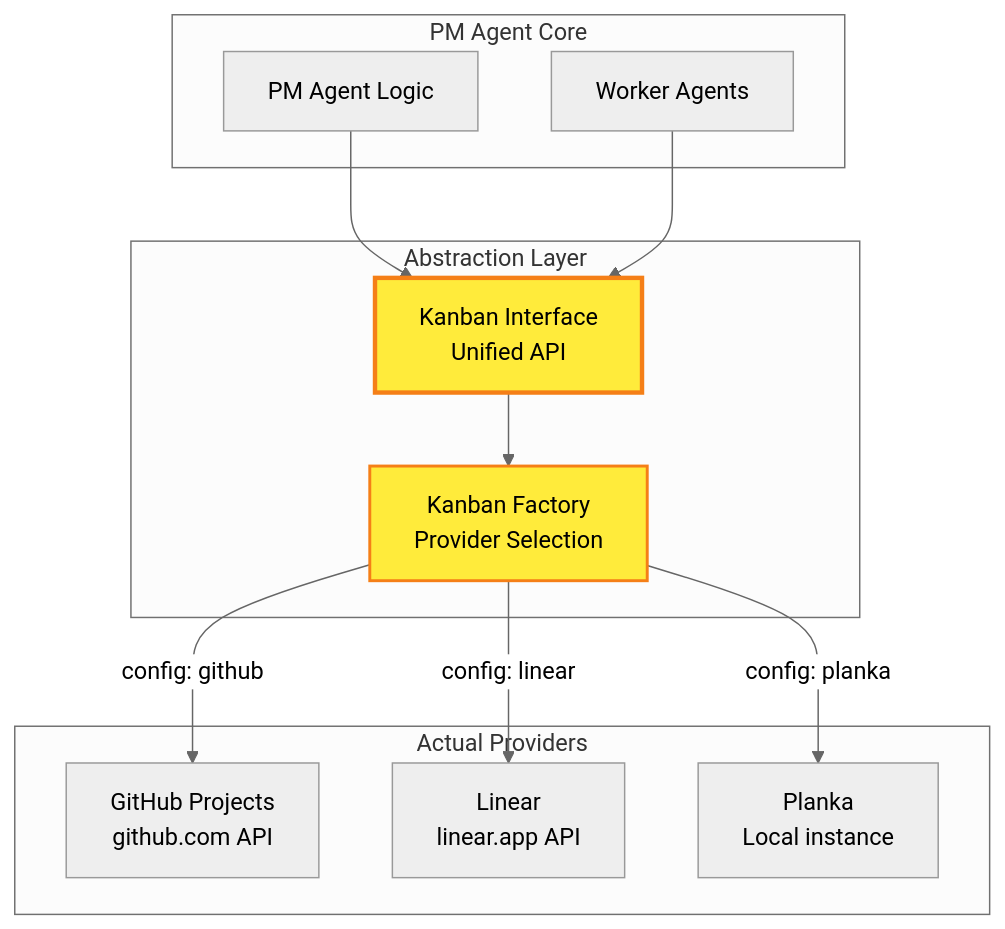
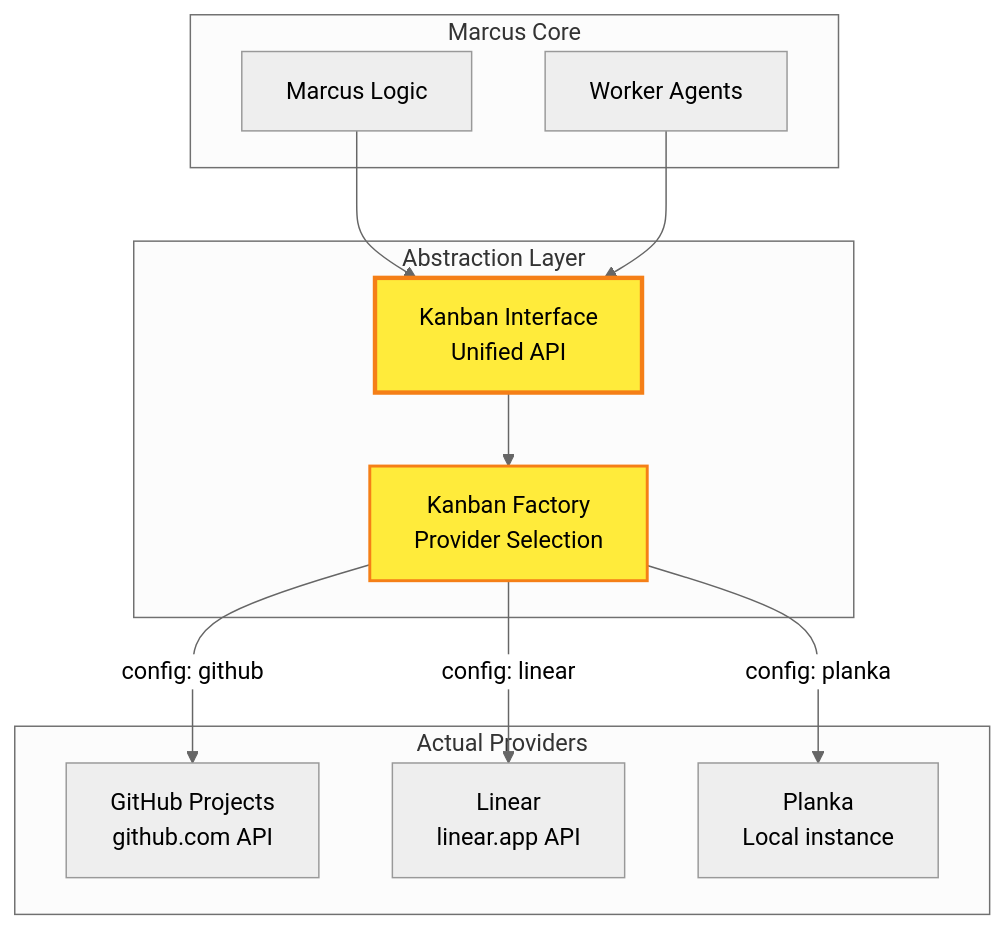
Before and after one commit to lwgray/pm-agent: the first of 2 diagrams in docs/concepts/kanban-provider-abstraction.md, drawn with Mermaid (neutral theme). The commit also changed other lines of this file and 54 other files, not shown here.

````diff
--- a/docs/concepts/kanban-provider-abstraction.md
+++ b/docs/concepts/kanban-provider-abstraction.md
@@ -14,29 +14,29 @@
 ```mermaid
 graph TB
-    subgraph "PM Agent Core"
-        PM[PM Agent Logic]
+    subgraph "Marcus Core"
+        PM[Marcus Logic]
         WA[Worker Agents]
     end
     
     subgraph "Abstraction Layer"
         KI[Kanban Interface<br/>Unified API]
         KF[Kanban Factory<br/>Provider Selection]
     end
     
     subgraph "Actual Providers"
         GH[GitHub Projects<br/>github.com API]
         LN[Linear<br/>linear.app API]
         PL[Planka<br/>Local instance]
     end
     
     PM --> KI
     WA --> KI
     KI --> KF
     
     KF -->|config: github| GH
     KF -->|config: linear| LN  
     KF -->|config: planka| PL
     
     style KI fill:#ffeb3b,stroke:#f57f17,stroke-width:3px
     style KF fill:#ffeb3b,stroke:#f57f17,stroke-width:2px
 ```
````
